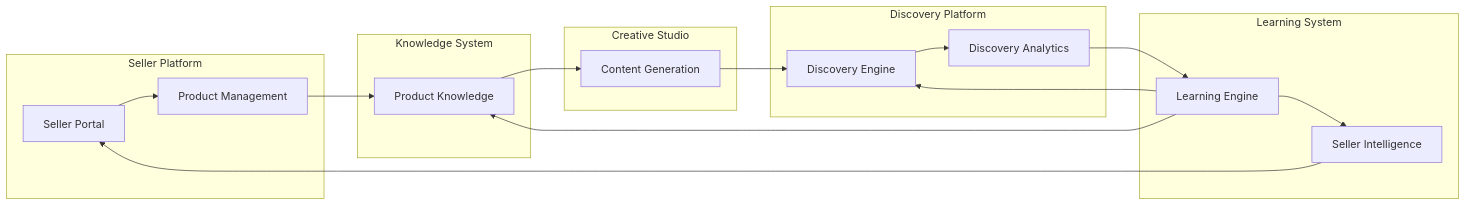
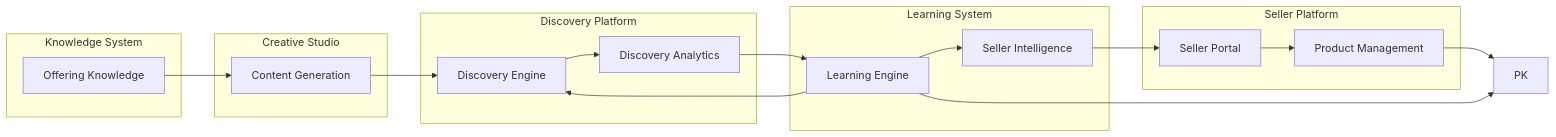
Before and after one commit to petkao/pinkcurve-blueprint: the diagram in docs/03-product-architecture.md, drawn with Mermaid. The commit also changed other lines of this file and 18 other files, not shown here.

Commit message:
Blueprint v0.2: Establish offering-centric visual discovery architecture

````diff
--- a/docs/03-product-architecture.md
+++ b/docs/03-product-architecture.md
@@ -159,36 +185,36 @@
 ```mermaid
 flowchart LR
     subgraph Seller["Seller Platform"]
         SP[Seller Portal]
         PM[Product Management]
     end
 
     subgraph Knowledge["Knowledge System"]
-        PK[Product Knowledge]
+        OK[Offering Knowledge]
     end
 
     subgraph Creative["Creative Studio"]
         CS[Content Generation]
     end
 
     subgraph Discovery["Discovery Platform"]
         DE[Discovery Engine]
         DA[Discovery Analytics]
     end
 
     subgraph Learning["Learning System"]
         LE[Learning Engine]
         SI[Seller Intelligence]
     end
 
     SP --> PM
     PM --> PK
-    PK --> CS
+    OK --> CS
     CS --> DE
     DE --> DA
     DA --> LE
     LE --> SI
     SI --> SP
     LE --> PK
     LE --> DE
 ```
````
